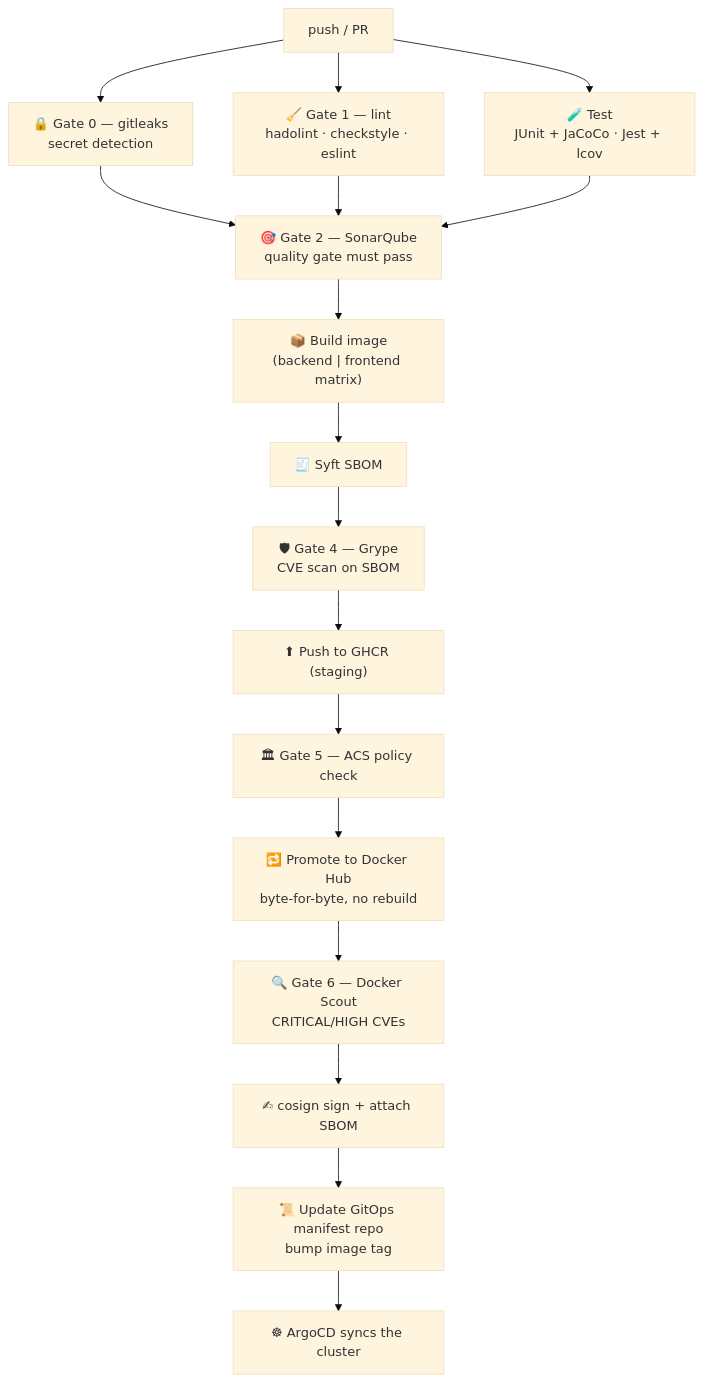
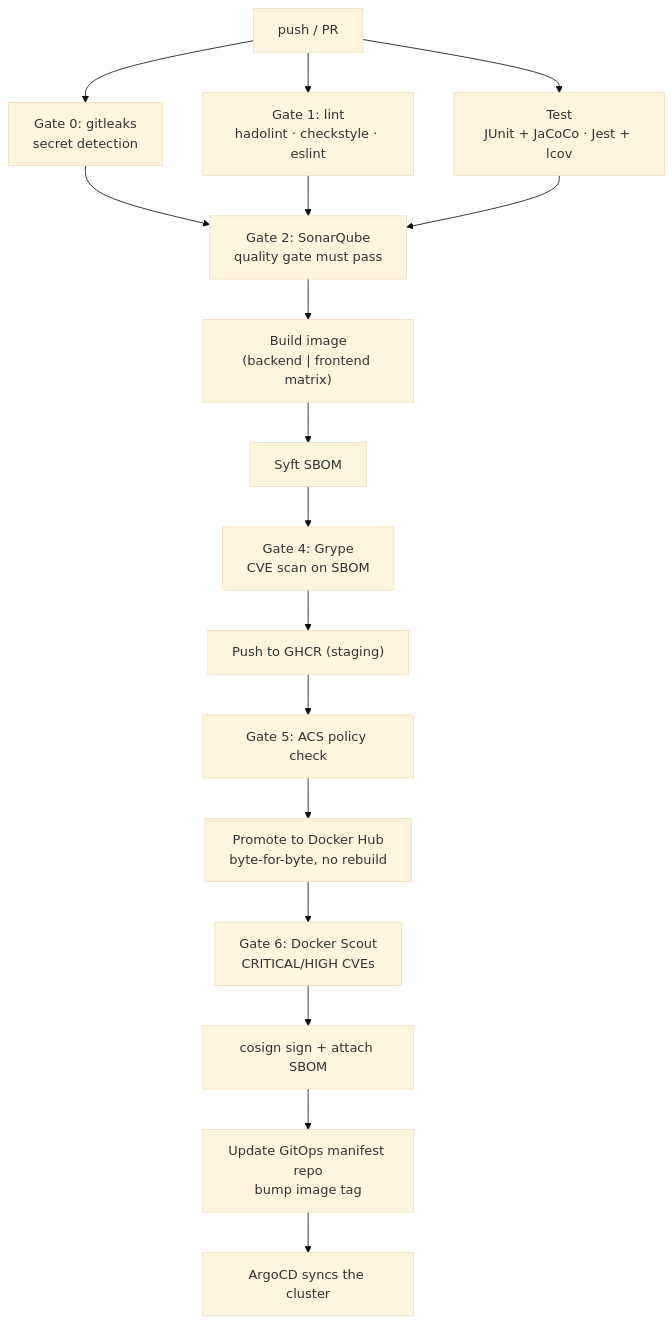
The second of 2 diagrams in README.md (mhmdmstfa2010/opsera-mid_project), drawn with Mermaid (base theme) before and after one commit. The commit also changed other lines of this file, not shown here.

Commit message:
docs: remove emoji from README

````diff
--- a/README.md
+++ b/README.md
@@ -253,21 +253,21 @@
 ```mermaid
 flowchart TD
-    A["push / PR"] --> G1["🔒 Gate 0 — gitleaks<br/>secret detection"]
-    A --> G2["🧹 Gate 1 — lint<br/>hadolint · checkstyle · eslint"]
-    A --> T["🧪 Test<br/>JUnit + JaCoCo · Jest + lcov"]
+    A["push / PR"] --> G1["Gate 0: gitleaks<br/>secret detection"]
+    A --> G2["Gate 1: lint<br/>hadolint · checkstyle · eslint"]
+    A --> T["Test<br/>JUnit + JaCoCo · Jest + lcov"]
 
-    G1 --> S["🎯 Gate 2 — SonarQube<br/>quality gate must pass"]
+    G1 --> S["Gate 2: SonarQube<br/>quality gate must pass"]
     G2 --> S
     T --> S
 
-    S --> B["📦 Build image<br/>(backend | frontend matrix)"]
-    B --> SBOM["🧾 Syft SBOM"]
-    SBOM --> GR["🛡 Gate 4 — Grype<br/>CVE scan on SBOM"]
-    GR --> PUSH["⬆ Push to GHCR (staging)"]
-    PUSH --> ACS["🏛 Gate 5 — ACS policy check"]
-    ACS --> PROMO["🔁 Promote to Docker Hub<br/>byte-for-byte, no rebuild"]
-    PROMO --> SCOUT["🔍 Gate 6 — Docker Scout<br/>CRITICAL/HIGH CVEs"]
-    SCOUT --> SIGN["✍ cosign sign + attach SBOM"]
-    SIGN --> M["📜 Update GitOps manifest repo<br/>bump image tag"]
-    M --> ARGO["☸ ArgoCD syncs the cluster"]
+    S --> B["Build image<br/>(backend | frontend matrix)"]
+    B --> SBOM["Syft SBOM"]
+    SBOM --> GR["Gate 4: Grype<br/>CVE scan on SBOM"]
+    GR --> PUSH["Push to GHCR (staging)"]
+    PUSH --> ACS["Gate 5: ACS policy check"]
+    ACS --> PROMO["Promote to Docker Hub<br/>byte-for-byte, no rebuild"]
+    PROMO --> SCOUT["Gate 6: Docker Scout<br/>CRITICAL/HIGH CVEs"]
+    SCOUT --> SIGN["cosign sign + attach SBOM"]
+    SIGN --> M["Update GitOps manifest repo<br/>bump image tag"]
+    M --> ARGO["ArgoCD syncs the cluster"]
 ```
````
